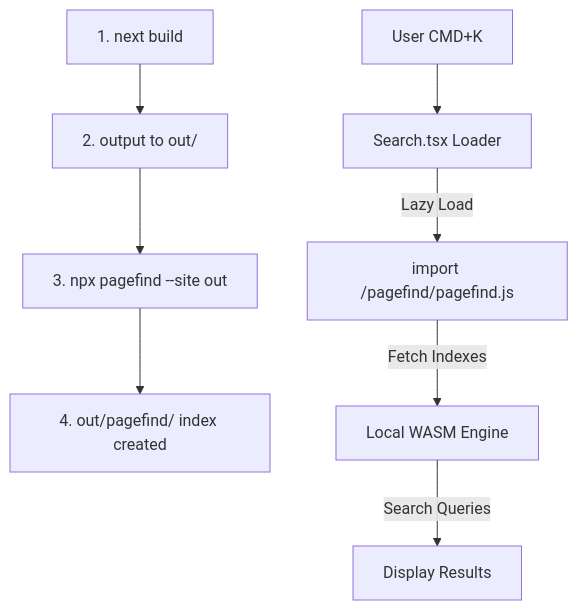
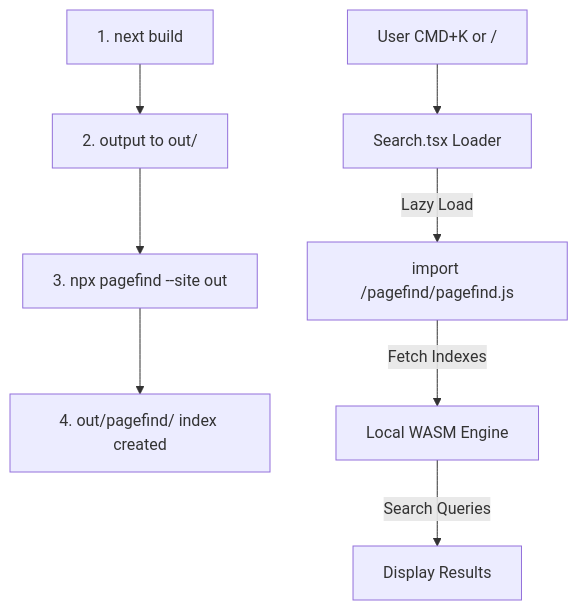
Before and after one commit to DDreamer01/imagitech-online: the second of 2 diagrams in README.md, drawn with Mermaid. The commit also changed other lines of this file and 1 other file, not shown here.

````diff
--- a/README.md
+++ b/README.md
@@ -108,11 +122,11 @@
 ```mermaid
 flowchart TD
     Build[1. next build] --> Export[2. output to out/]
     Export --> Pagefind[3. npx pagefind --site out]
     Pagefind --> Index[4. out/pagefind/ index created]
-    
-    User[User CMD+K] --> SearchComp[Search.tsx Loader]
+
+    User[User CMD+K or /] --> SearchComp[Search.tsx Loader]
     SearchComp -->|Lazy Load| JS[import /pagefind/pagefind.js]
     JS -->|Fetch Indexes| WASM[Local WASM Engine]
     WASM -->|Search Queries| Results[Display Results]
 ```
````
